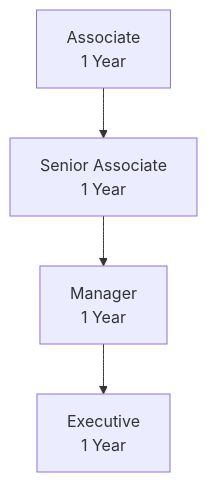
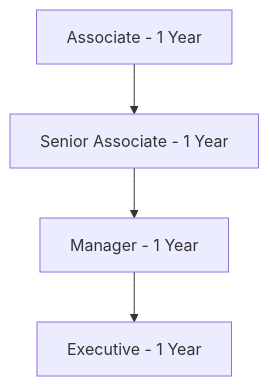
Diagram 18 of 18 in RIAH-PATHWAY-EXPERIENTIAL-STRUCTURE/EXPERIENTIAL-STRUCTURE.md (RIAHPathway/Website-Draft), drawn with Mermaid before and after one commit. The commit also changed other lines of this file, not shown here.

Commit message:
Fix experiential Mermaid rendering

````diff
--- a/RIAH-PATHWAY-EXPERIENTIAL-STRUCTURE/EXPERIENTIAL-STRUCTURE.md
+++ b/RIAH-PATHWAY-EXPERIENTIAL-STRUCTURE/EXPERIENTIAL-STRUCTURE.md
@@ -1112,6 +1112,6 @@
 ```mermaid
-graph TD
-    A["Associate<br/>1 Year"] --> B["Senior Associate<br/>1 Year"]
-    B --> C["Manager<br/>1 Year"]
-    C --> D["Executive<br/>1 Year"]
+flowchart TD
+    A["Associate - 1 Year"] --> B["Senior Associate - 1 Year"]
+    B --> C["Manager - 1 Year"]
+    C --> D["Executive - 1 Year"]
 ```
````
